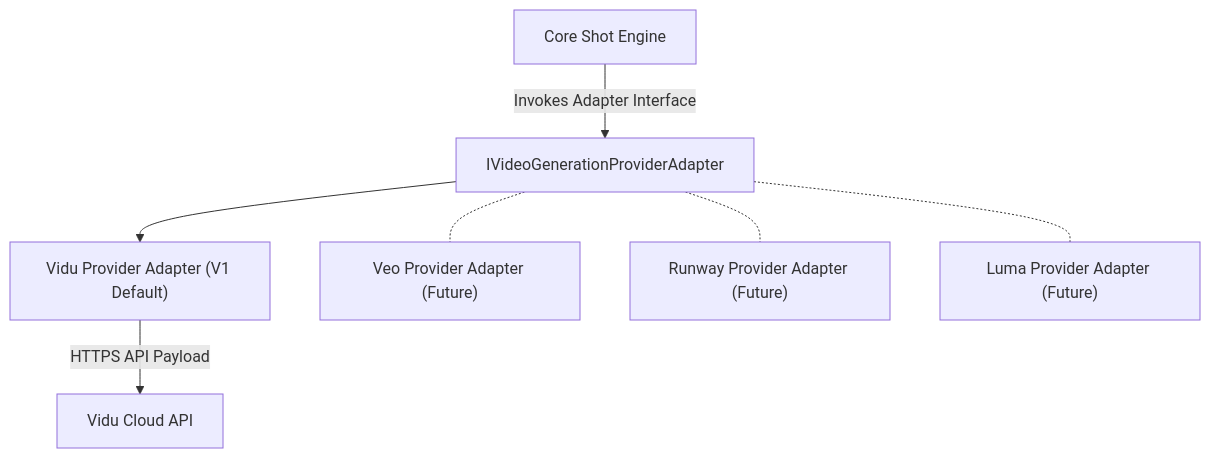
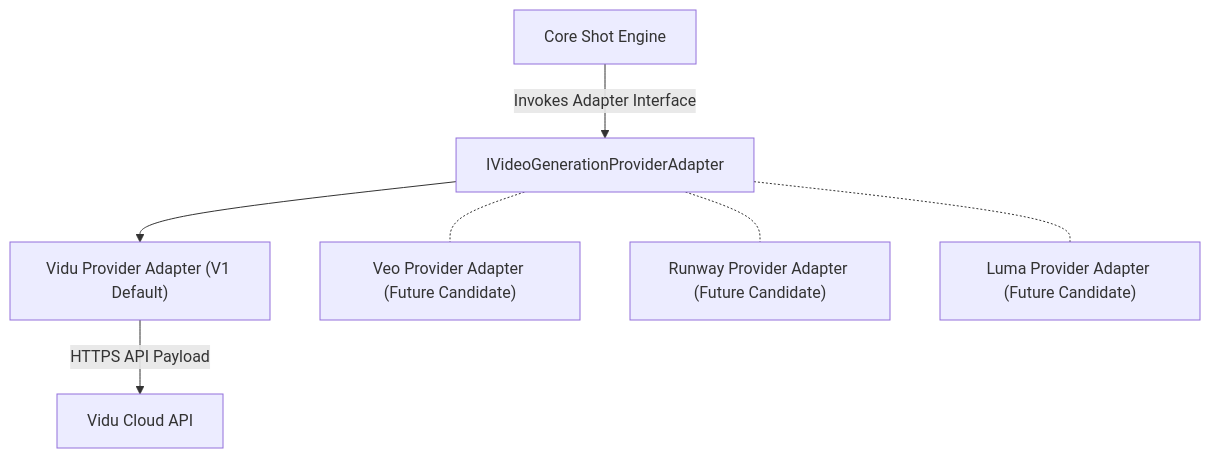
Before and after one commit to rebootob/Orbis-Video-Studio-AI: the diagram in project-docs/20_ARCHITECTURE/PROVIDER_ADAPTER_ARCHITECTURE.md, drawn with Mermaid. The commit also changed other lines of this file and 30 other files, not shown here.

````diff
--- a/project-docs/20_ARCHITECTURE/PROVIDER_ADAPTER_ARCHITECTURE.md
+++ b/project-docs/20_ARCHITECTURE/PROVIDER_ADAPTER_ARCHITECTURE.md
@@ -11,10 +11,10 @@
 ```mermaid
 graph TD
     CoreDomain[Core Shot Engine] -->|Invokes Adapter Interface| AdapterInterface["IVideoGenerationProviderAdapter"]
     AdapterInterface --> ViduImpl["Vidu Provider Adapter (V1 Default)"]
-    AdapterInterface -.- VeoImpl["Veo Provider Adapter (Future)"]
-    AdapterInterface -.- RunwayImpl["Runway Provider Adapter (Future)"]
-    AdapterInterface -.- LumaImpl["Luma Provider Adapter (Future)"]
+    AdapterInterface -.- VeoImpl["Veo Provider Adapter (Future Candidate)"]
+    AdapterInterface -.- RunwayImpl["Runway Provider Adapter (Future Candidate)"]
+    AdapterInterface -.- LumaImpl["Luma Provider Adapter (Future Candidate)"]
 
     ViduImpl -->|HTTPS API Payload| ViduAPI["Vidu Cloud API"]
 ```
````
